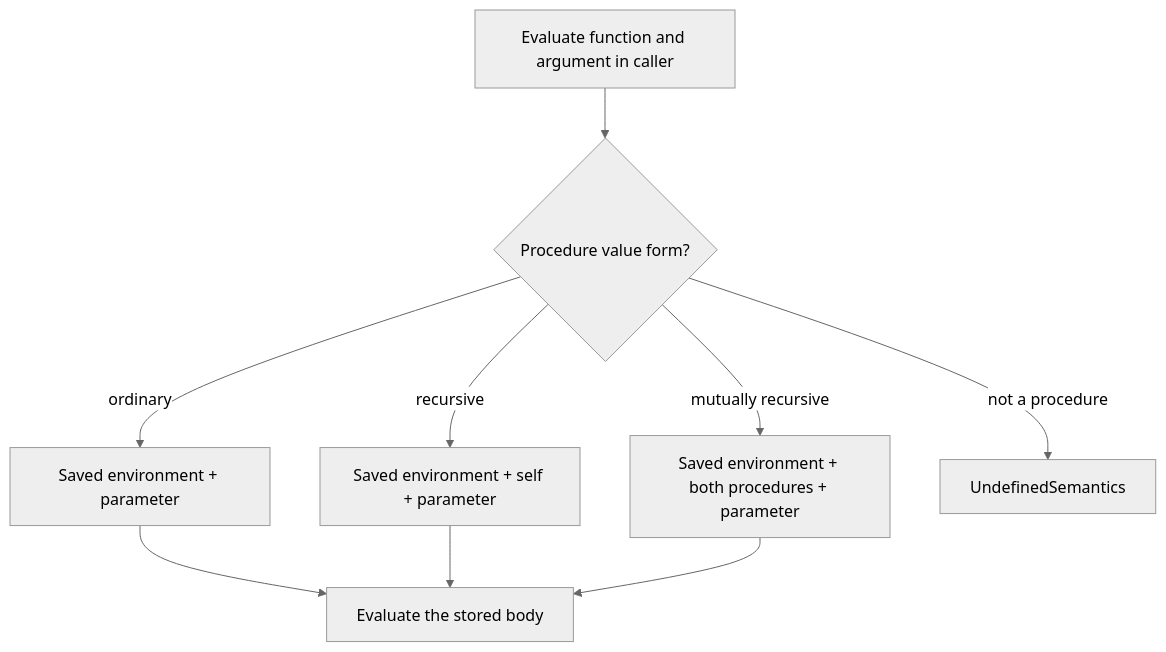
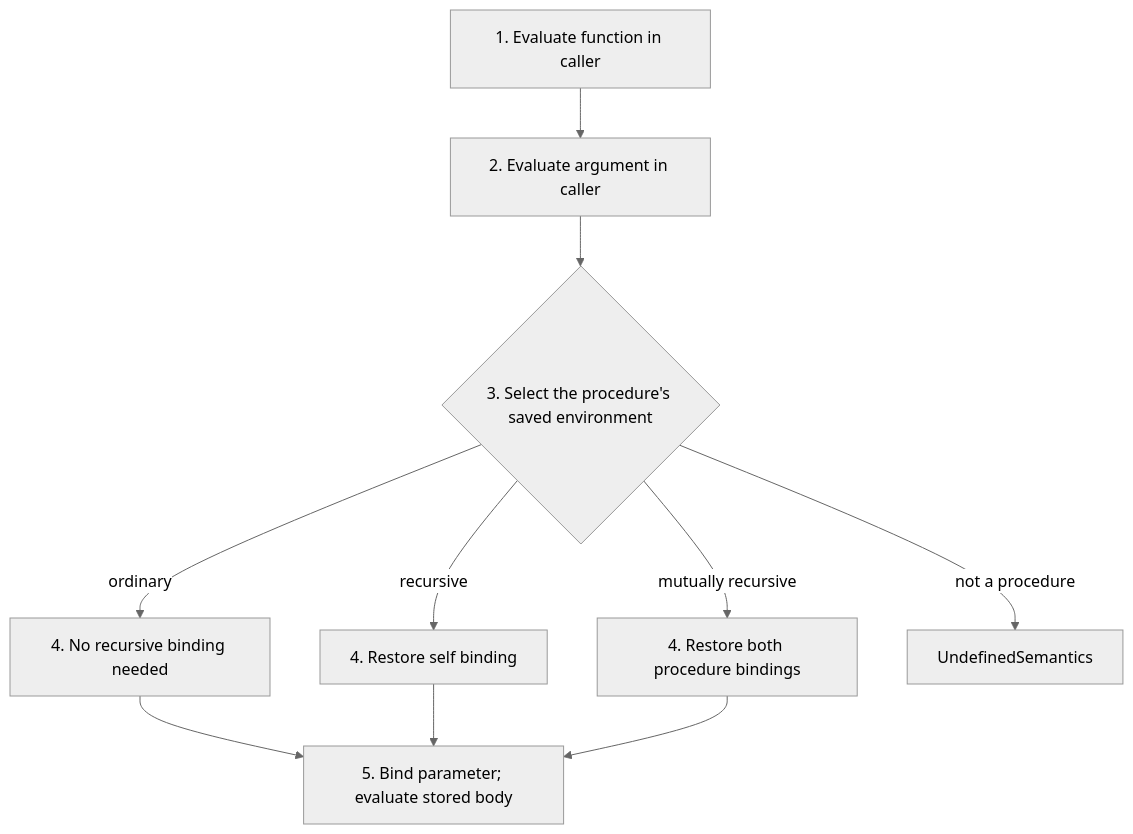
The second of 2 diagrams in book/hw2.md (S0lluxx26/Programming_language_book_analyze), drawn with Mermaid (neutral theme) before and after one commit. The commit also changed other lines of this file and 60 other files, not shown here.

````diff
--- a/book/hw2.md
+++ b/book/hw2.md
@@ -52,13 +56,14 @@
 ```mermaid
 flowchart TD
   accTitle: Choosing the environment for a procedure call
   accDescr: A call evaluates its operands in the caller, then evaluates the body using the closure's saved context plus recursive and parameter bindings.
-  A["Evaluate function and argument in caller"] --> B{"Procedure value form?"}
-  B -->|"ordinary"| C["Saved environment + parameter"]
-  B -->|"recursive"| D["Saved environment + self + parameter"]
-  B -->|"mutually recursive"| E["Saved environment + both procedures + parameter"]
+  A["1. Evaluate function in caller"] --> A2["2. Evaluate argument in caller"]
+  A2 --> B{"3. Select the procedure's saved environment"}
+  B -->|"ordinary"| C["4. No recursive binding needed"]
+  B -->|"recursive"| D["4. Restore self binding"]
+  B -->|"mutually recursive"| E["4. Restore both procedure bindings"]
   B -->|"not a procedure"| X["UndefinedSemantics"]
-  C --> F["Evaluate the stored body"]
+  C --> F["5. Bind parameter; evaluate stored body"]
   D --> F
   E --> F
 ```
````
